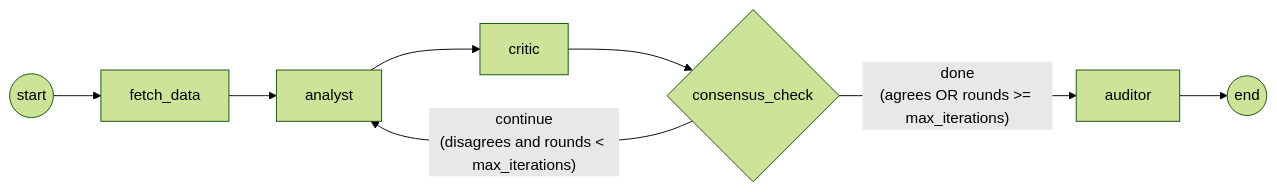
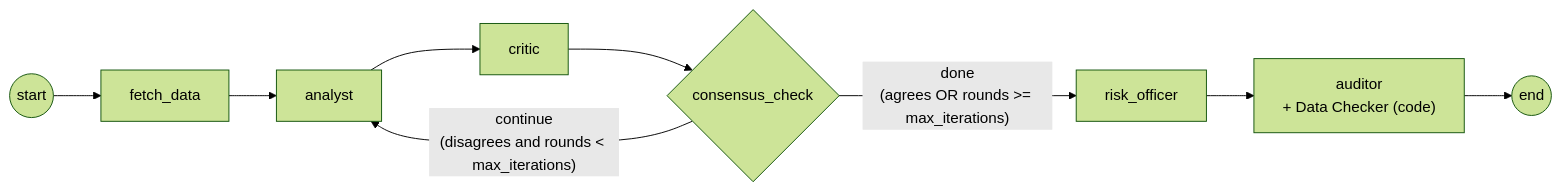
The first of 9 diagrams in docs/DESIGN.md (vishwas-png/financial-consensus-agent), drawn with Mermaid (forest theme) before and after one commit. The commit also changed other lines of this file and 3 other files, not shown here.

````diff
--- a/docs/DESIGN.md
+++ b/docs/DESIGN.md
@@ -20,10 +20,11 @@
 ```mermaid
 flowchart LR
     START((start)) --> fetch_data
     fetch_data --> analyst
     analyst --> critic
     critic --> consensus_check{consensus_check}
     consensus_check -- "continue<br/>(disagrees and rounds < max_iterations)" --> analyst
-    consensus_check -- "done<br/>(agrees OR rounds >= max_iterations)" --> auditor
+    consensus_check -- "done<br/>(agrees OR rounds >= max_iterations)" --> risk_officer
+    risk_officer --> auditor["auditor<br/>+ Data Checker (code)"]
     auditor --> END((end))
 ```
````
